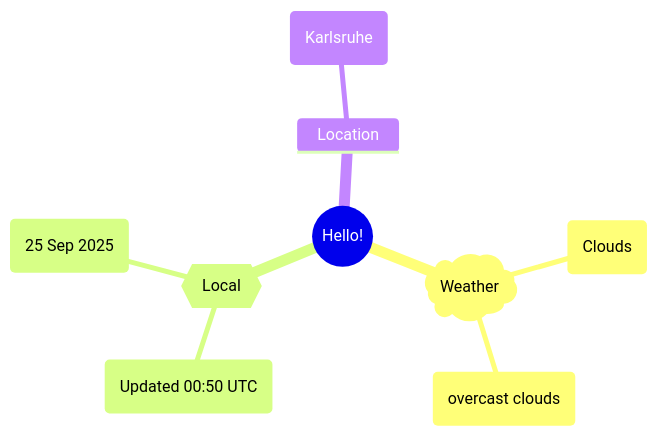
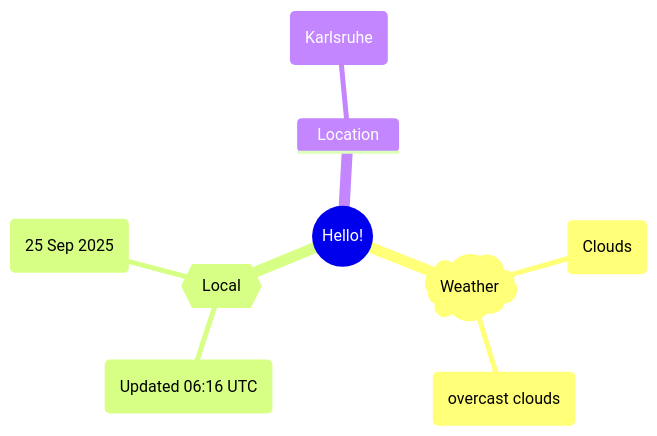
The first of 2 diagrams in README.md (Xosrov/Xosrov), drawn with Mermaid before and after one commit.

Commit message:
[bot] updated images

````diff
--- a/README.md
+++ b/README.md
@@ -3,12 +3,12 @@
 ```mermaid
 mindmap
   root((Hello!))
     )Weather(
         (Clouds)
         (overcast clouds)
     {{Local}}
-        (Updated 00:50 UTC)
+        (Updated 06:16 UTC)
         (25 Sep 2025)
     Location
         (Karlsruhe)
 ```
````
